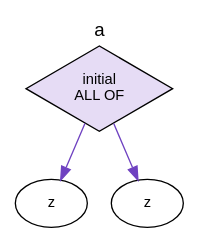
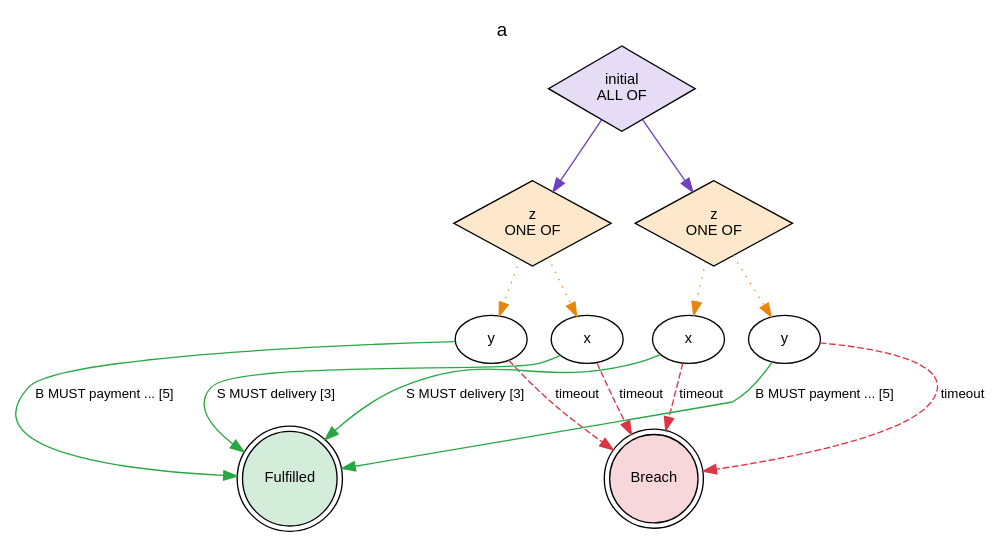
Before and after one commit to legalese/l4-ide: the diagram in jl4/examples/state-graphs/a.dot, drawn with Graphviz. The commit also changed 35 other files, not shown here.

First line of the commit message:
state-graphs: regenerate every diagram against unstable e2f4a71f (post #395/#399/#401/#407/#411/#412)

```diff
--- a/jl4/examples/state-graphs/a.dot
+++ b/jl4/examples/state-graphs/a.dot
@@ -1,32 +1,98 @@
 digraph {
     graph [rankdir=TB
           ,label=a
           ,labelloc=t
           ,fontname=Helvetica
           ,fontsize=14];
     node [fontname=Helvetica
          ,fontsize=11];
     edge [fontname=Helvetica
          ,fontsize=10];
     0 [label="initial\nALL OF"
       ,fillcolor=white
       ,style=filled
       ,shape=diamond
       ,fillcolor="#e6dcf5"];
-    1 [label=z
+    1 [label="z\nONE OF"
+      ,fillcolor=white
+      ,style=filled
+      ,shape=diamond
+      ,fillcolor="#fde8cc"];
+    2 [label=x
       ,fillcolor=white
       ,style=filled
       ,shape=ellipse
       ,fillcolor="#ffffff"];
-    2 [label=z
+    3 [label=Fulfilled
+      ,fillcolor=white
+      ,style=filled
+      ,shape=doublecircle
+      ,fillcolor="#d4edda"];
+    4 [label=Breach
+      ,fillcolor=white
+      ,style=filled
+      ,shape=doublecircle
+      ,fillcolor="#f8d7da"];
+    5 [label=y
+      ,fillcolor=white
+      ,style=filled
+      ,shape=ellipse
+      ,fillcolor="#ffffff"];
+    6 [label="z\nONE OF"
+      ,fillcolor=white
+      ,style=filled
+      ,shape=diamond
+      ,fillcolor="#fde8cc"];
+    7 [label=x
+      ,fillcolor=white
+      ,style=filled
+      ,shape=ellipse
+      ,fillcolor="#ffffff"];
+    8 [label=y
       ,fillcolor=white
       ,style=filled
       ,shape=ellipse
       ,fillcolor="#ffffff"];
     0 -> 1 [label=""
            ,color="#6f42c1"
            ,style=solid];
-    0 -> 2 [label=""
+    0 -> 6 [label=""
            ,color="#6f42c1"
            ,style=solid];
+    1 -> 2 [label=""
+           ,color="#e8850c"
+           ,style=dotted];
+    1 -> 5 [label=""
+           ,color="#e8850c"
+           ,style=dotted];
+    2 -> 3 [label="S MUST delivery [3]"
+           ,color="#28a745"
+           ,style=solid];
+    2 -> 4 [label=timeout
+           ,color="#dc3545"
+           ,style=dashed];
+    5 -> 3 [label="B MUST payment ... [5]"
+           ,color="#28a745"
+           ,style=solid];
+    5 -> 4 [label=timeout
+           ,color="#dc3545"
+           ,style=dashed];
+    6 -> 7 [label=""
+           ,color="#e8850c"
+           ,style=dotted];
+    6 -> 8 [label=""
+           ,color="#e8850c"
+           ,style=dotted];
+    7 -> 3 [label="S MUST delivery [3]"
+           ,color="#28a745"
+           ,style=solid];
+    7 -> 4 [label=timeout
+           ,color="#dc3545"
+           ,style=dashed];
+    8 -> 3 [label="B MUST payment ... [5]"
+           ,color="#28a745"
+           ,style=solid];
+    8 -> 4 [label=timeout
+           ,color="#dc3545"
+           ,style=dashed];
 }
```
